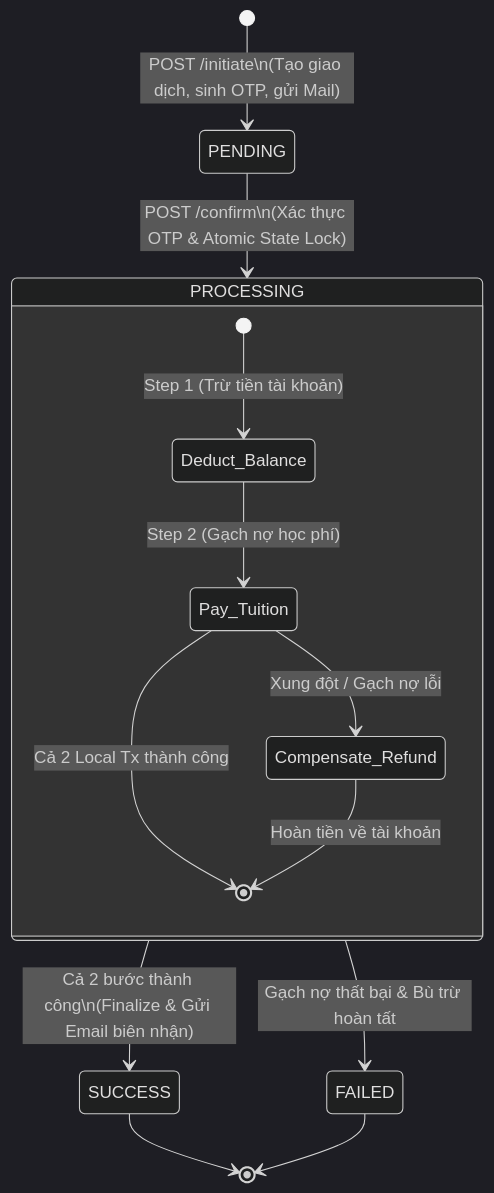
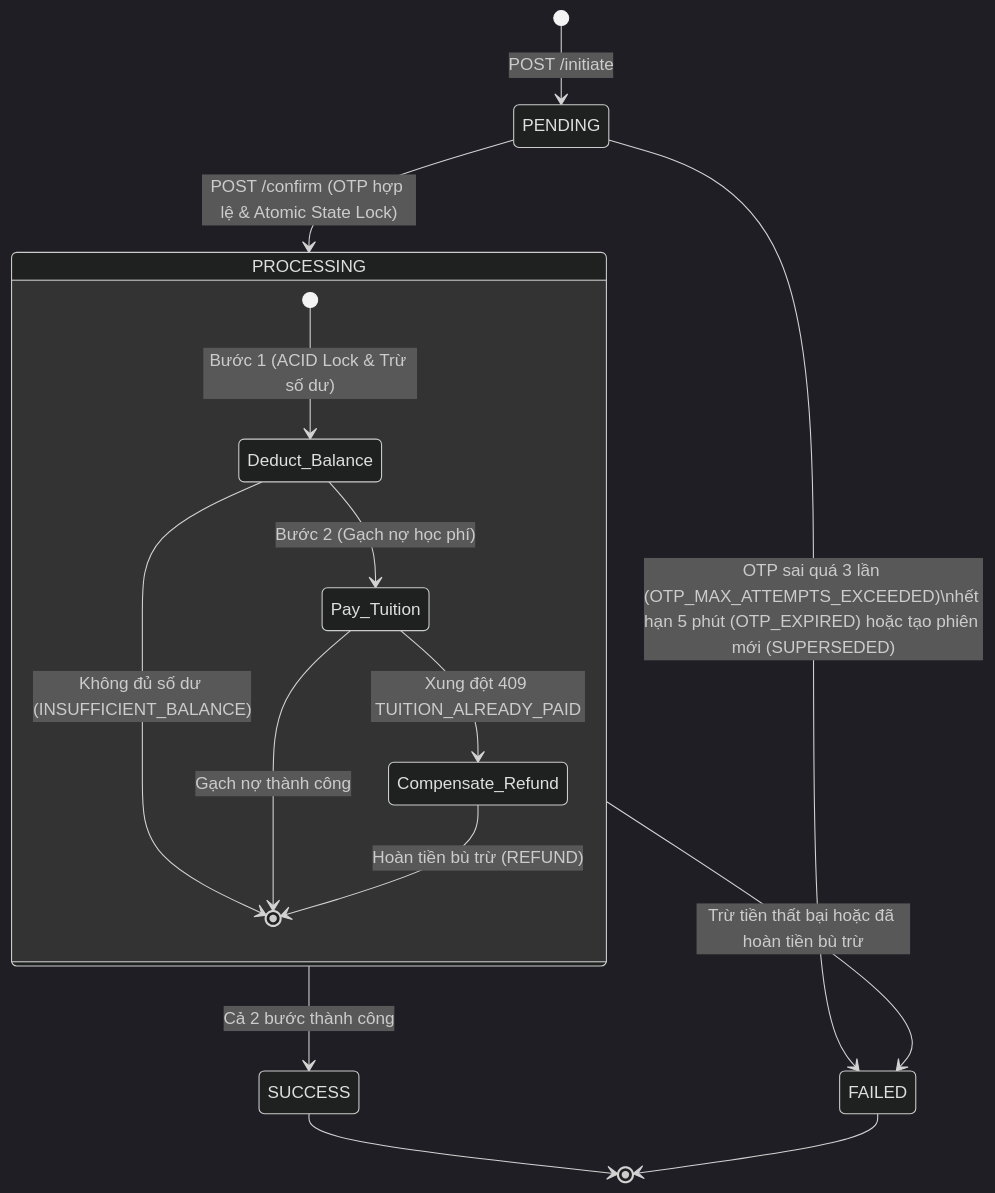
The third of 3 diagrams in docs/SYSTEM_DESIGN.md (thanhngo92/soa), drawn with Mermaid (dark theme) before and after one commit. The commit also changed other lines of this file and 55 other files, not shown here.

````diff
--- a/docs/SYSTEM_DESIGN.md
+++ b/docs/SYSTEM_DESIGN.md
@@ -268,20 +229,21 @@
 ```mermaid
 stateDiagram-v2
-    [*] --> PENDING: POST /initiate\n(Tạo giao dịch, sinh OTP, gửi Mail)
-    PENDING --> PROCESSING: POST /confirm\n(Xác thực OTP & Atomic State Lock)
-    
+    [*] --> PENDING: POST /initiate
+    PENDING --> FAILED: OTP sai quá 3 lần (OTP_MAX_ATTEMPTS_EXCEEDED)\nhết hạn 5 phút (OTP_EXPIRED) hoặc tạo phiên mới (SUPERSEDED)
+    PENDING --> PROCESSING: POST /confirm (OTP hợp lệ & Atomic State Lock)
+
     state PROCESSING {
-        [*] --> Deduct_Balance: Step 1 (Trừ tiền tài khoản)
-        Deduct_Balance --> Pay_Tuition: Step 2 (Gạch nợ học phí)
-        Pay_Tuition --> [*]: Cả 2 Local Tx thành công
-        
-        Pay_Tuition --> Compensate_Refund: Xung đột / Gạch nợ lỗi
-        Compensate_Refund --> [*]: Hoàn tiền về tài khoản
+        [*] --> Deduct_Balance: Bước 1 (ACID Lock & Trừ số dư)
+        Deduct_Balance --> [*]: Không đủ số dư (INSUFFICIENT_BALANCE)
+        Deduct_Balance --> Pay_Tuition: Bước 2 (Gạch nợ học phí)
+        Pay_Tuition --> [*]: Gạch nợ thành công
+        Pay_Tuition --> Compensate_Refund: Xung đột 409 TUITION_ALREADY_PAID
+        Compensate_Refund --> [*]: Hoàn tiền bù trừ (REFUND)
     }
 
-    PROCESSING --> SUCCESS: Cả 2 bước thành công\n(Finalize & Gửi Email biên nhận)
-    PROCESSING --> FAILED: Gạch nợ thất bại & Bù trừ hoàn tất
-    
+    PROCESSING --> SUCCESS: Cả 2 bước thành công
+    PROCESSING --> FAILED: Trừ tiền thất bại hoặc đã hoàn tiền bù trừ
+
     SUCCESS --> [*]
     FAILED --> [*]
 ```
````
